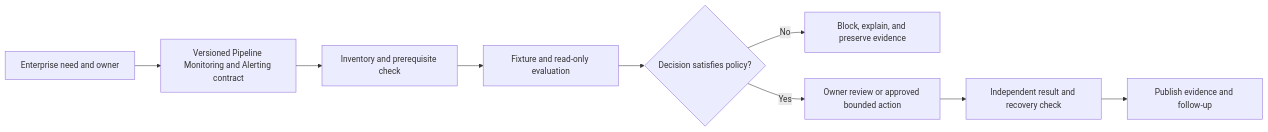
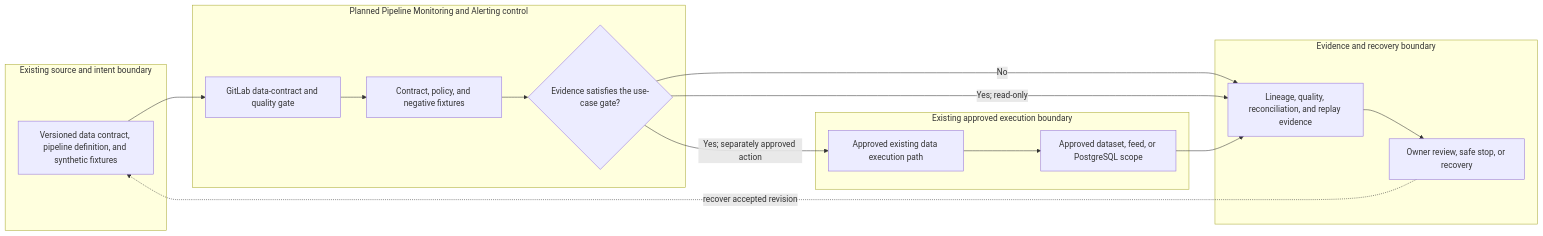
Before and after one commit to MIDHTECH/enterprise-architecture-docs: the diagram in docs/use-cases/data/UC-DATA-018-pipeline-monitoring-and-alerting.md, drawn with Mermaid. The commit also changed other lines of this file and 227 other files, not shown here.

Commit message:
Deepen architecture for all use case designs

````diff
--- a/docs/use-cases/data/UC-DATA-018-pipeline-monitoring-and-alerting.md
+++ b/docs/use-cases/data/UC-DATA-018-pipeline-monitoring-and-alerting.md
@@ -136,11 +129,25 @@
 ```mermaid
 flowchart LR
-    Need["Enterprise need and owner"] --> Contract["Versioned Pipeline Monitoring and Alerting contract"]
-    Contract --> Preflight["Inventory and prerequisite check"]
-    Preflight --> Evaluate["Fixture and read-only evaluation"]
-    Evaluate --> Decision{"Decision satisfies policy?"}
-    Decision -->|No| Stop["Block, explain, and preserve evidence"]
-    Decision -->|Yes| Review["Owner review or approved bounded action"]
-    Review --> Verify["Independent result and recovery check"]
-    Verify --> Publish["Publish evidence and follow-up"]
+    subgraph Source["Existing source and intent boundary"]
+        A["Versioned data contract, pipeline definition, and synthetic fixtures"]
+    end
+    subgraph Planned["Planned Pipeline Monitoring and Alerting control"]
+        B["GitLab data-contract and quality gate"]
+        C["Contract, policy, and negative fixtures"]
+        D{"Evidence satisfies the use-case gate?"}
+    end
+    subgraph Runtime["Existing approved execution boundary"]
+        E["Approved existing data execution path"]
+        F["Approved dataset, feed, or PostgreSQL scope"]
+    end
+    subgraph Assurance["Evidence and recovery boundary"]
+        G["Lineage, quality, reconciliation, and replay evidence"]
+        H["Owner review, safe stop, or recovery"]
+    end
+
+    A --> B --> C --> D
+    D -->|No| G --> H
+    D -->|Yes; read-only| G
+    D -->|Yes; separately approved action| E --> F --> G
+    H -. recover accepted revision .-> A
 ```
````
